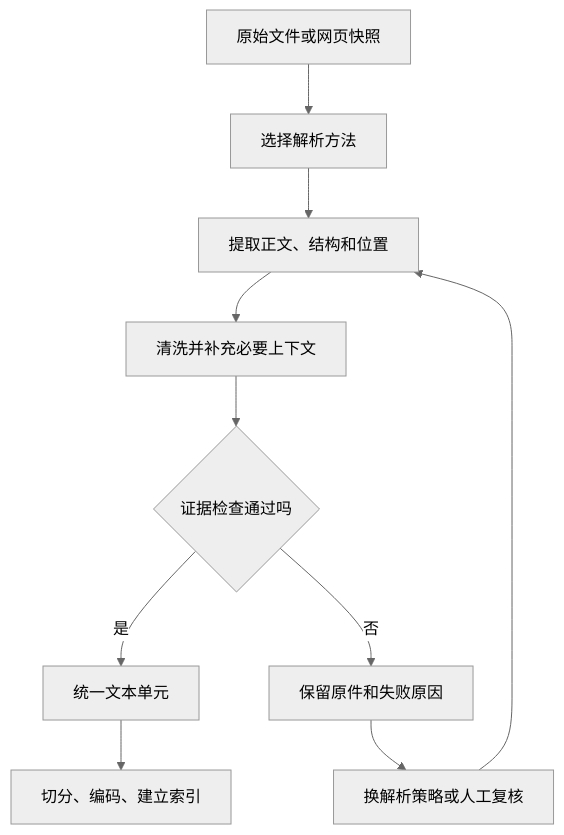
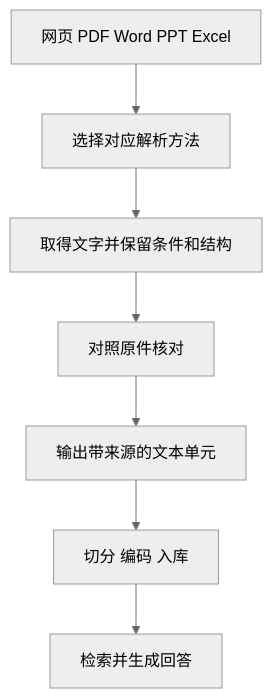
One commit to benx92/ai-learning-notes changed the second of 2 diagrams in 14-文档解析工具链网页PDFWordPPTExcel怎么进知识库.md. Above: the diagram before and after it, drawn with Mermaid (neutral theme). The commit also changed other lines of this file and 43 other files, not shown here.

````diff
--- a/14-文档解析工具链网页PDFWordPPTExcel怎么进知识库.md
+++ b/14-文档解析工具链网页PDFWordPPTExcel怎么进知识库.md
@@ -137,12 +453,9 @@
 ```mermaid
 flowchart TD
-    A[原始文件或网页快照] --> B[选择解析方法]
-    B --> C[提取正文、结构和位置]
-    C --> D[清洗并补充必要上下文]
-    D --> E{证据检查通过吗}
-    E -- 是 --> F[统一文本单元]
-    F --> G[切分、编码、建立索引]
-    E -- 否 --> H[保留原件和失败原因]
-    H --> I[换解析策略或人工复核]
-    I --> C
+    A[网页 PDF Word PPT Excel] --> B[选择对应解析方法]
+    B --> C[取得文字并保留条件和结构]
+    C --> D[对照原件核对]
+    D --> E[输出带来源的文本单元]
+    E --> F[切分 编码 入库]
+    F --> G[检索并生成回答]
 ```
````
